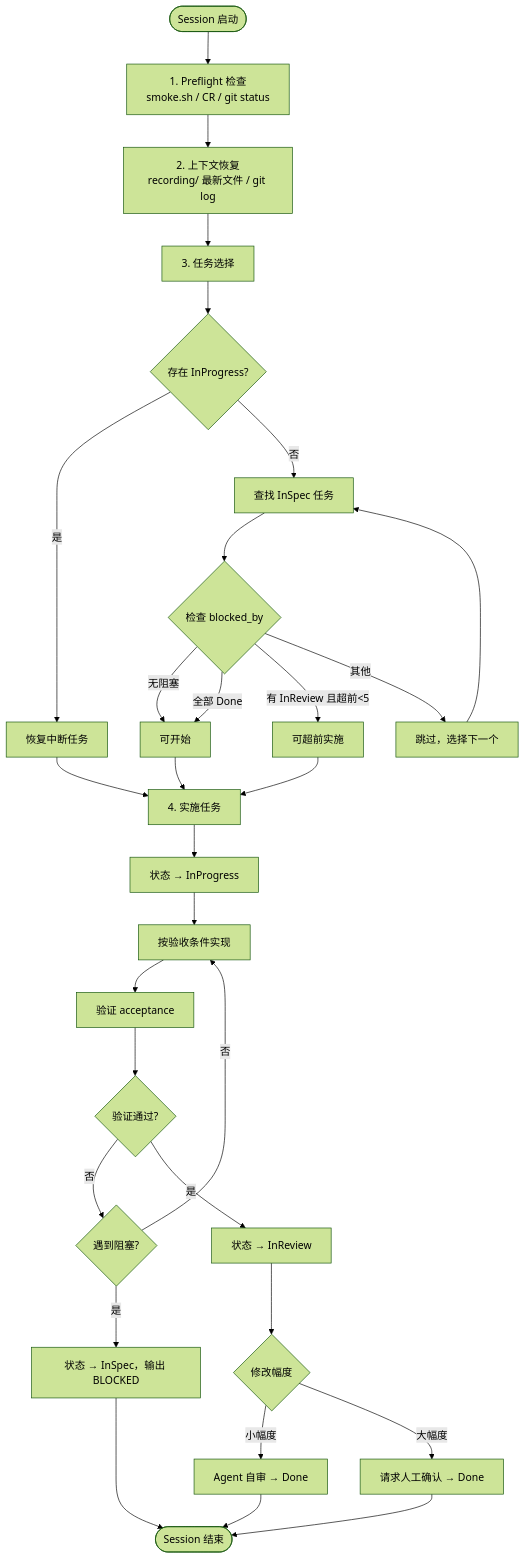
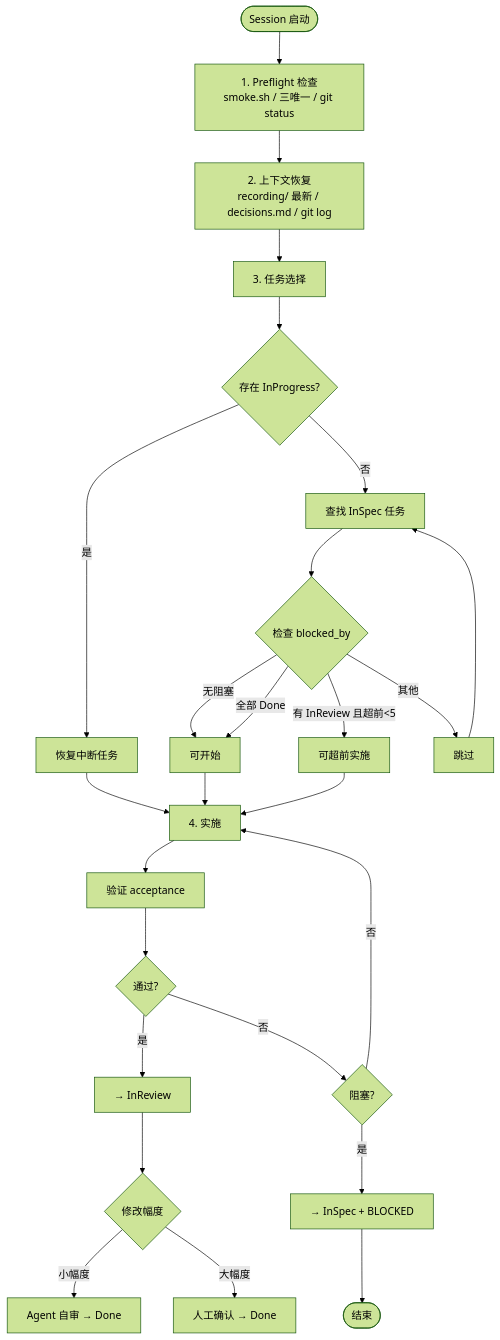
One commit to ssdiwu/diwu-workflow changed the fourth of 4 diagrams in README.md. Above: the diagram before and after it, drawn with Mermaid (forest theme). The commit also changed other lines of this file and 15 other files, not shown here.

````diff
--- a/README.md
+++ b/README.md
@@ -212,39 +296,33 @@
 ```mermaid
 flowchart TD
-    Start([Session 启动]) --> Preflight[1. Preflight 检查<br>smoke.sh / CR / git status]
-    Preflight --> Context[2. 上下文恢复<br>recording/ 最新文件 / git log]
+    Start([Session 启动]) --> Preflight[1. Preflight 检查<br>smoke.sh / 三唯一 / git status]
+    Preflight --> Context[2. 上下文恢复<br>recording/ 最新 / decisions.md / git log]
     Context --> SelectTask[3. 任务选择]
 
     SelectTask --> CheckInProgress{存在 InProgress?}
     CheckInProgress -->|是| ResumeTask[恢复中断任务]
     CheckInProgress -->|否| FindInSpec[查找 InSpec 任务]
 
     FindInSpec --> CheckBlocked{检查 blocked_by}
     CheckBlocked -->|无阻塞| CanStart[可开始]
     CheckBlocked -->|全部 Done| CanStart
     CheckBlocked -->|有 InReview 且超前<5| CanAdvance[可超前实施]
-    CheckBlocked -->|其他| SkipTask[跳过，选择下一个]
+    CheckBlocked -->|其他| SkipTask[跳过]
     SkipTask --> FindInSpec
 
-    CanStart --> Implement[4. 实施任务]
+    CanStart --> Implement[4. 实施]
     CanAdvance --> Implement
     ResumeTask --> Implement
 
-    Implement --> SetInProgress[状态 → InProgress]
-    SetInProgress --> CodeImpl[按验收条件实现]
-    CodeImpl --> Verify[验证 acceptance]
+    Implement --> Verify[验证 acceptance]
+    Verify --> VerifyOK{通过?}
+    VerifyOK -->|是| SetInReview[→ InReview]
+    VerifyOK -->|否| Blocked{阻塞?}
+    Blocked -->|是| SetInSpec[→ InSpec + BLOCKED]
+    Blocked -->|否| Implement
 
-    Verify --> VerifyOK{验证通过?}
-    VerifyOK -->|否| Blocked{遇到阻塞?}
-    Blocked -->|是| SetInSpec[状态 → InSpec，输出 BLOCKED]
-    Blocked -->|否| CodeImpl
-
-    VerifyOK -->|是| SetInReview[状态 → InReview]
     SetInReview --> CheckScope{修改幅度}
-    CheckScope -->|小幅度| AgentReview[Agent 自审 → Done]
-    CheckScope -->|大幅度| HumanReview[请求人工确认 → Done]
-
-    AgentReview --> End
-    HumanReview --> End
-    SetInSpec --> End([Session 结束])
+    CheckScope -->|小幅度| Done[Agent 自审 → Done]
+    CheckScope -->|大幅度| Review[人工确认 → Done]
+    SetInSpec --> End([结束])
 ```
````
